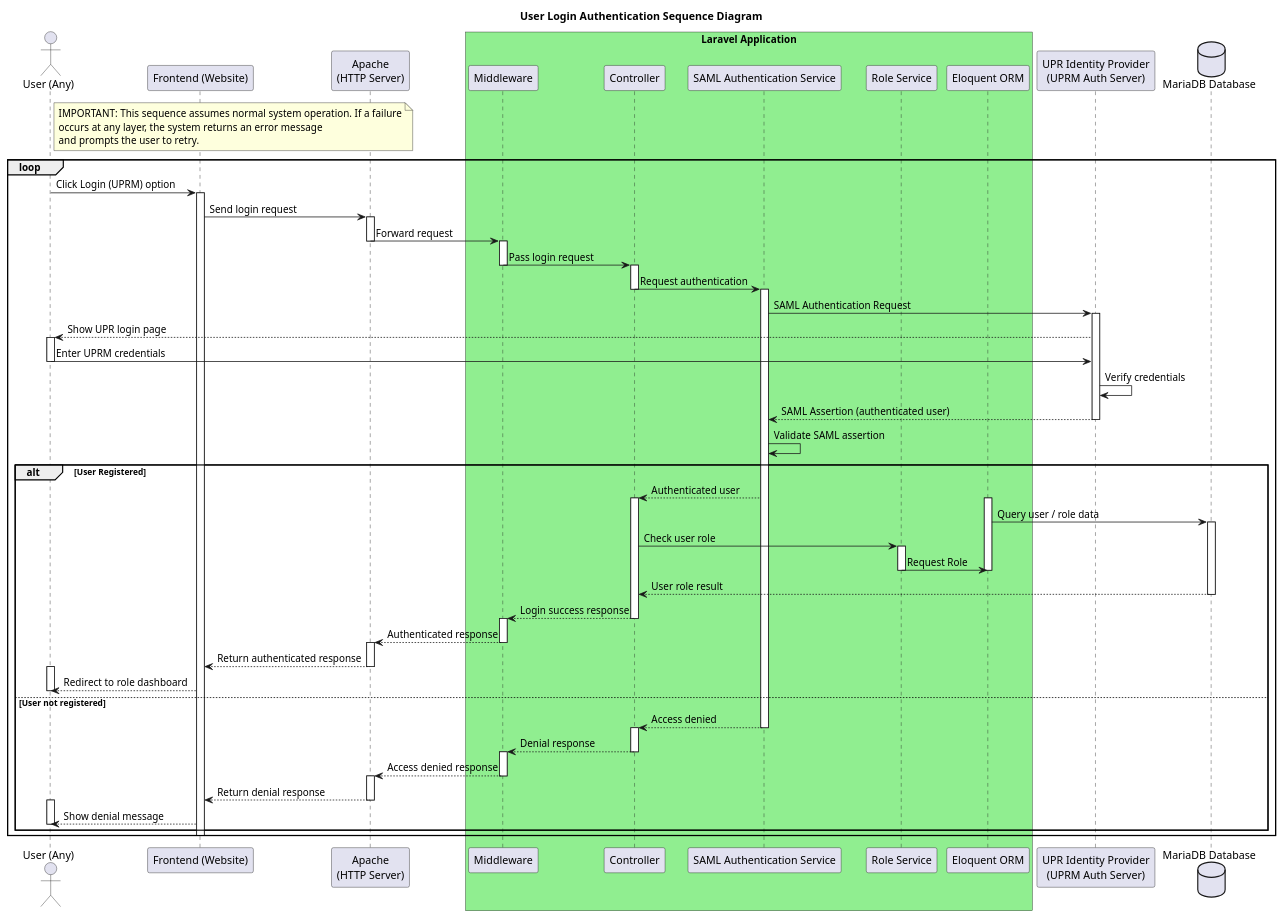
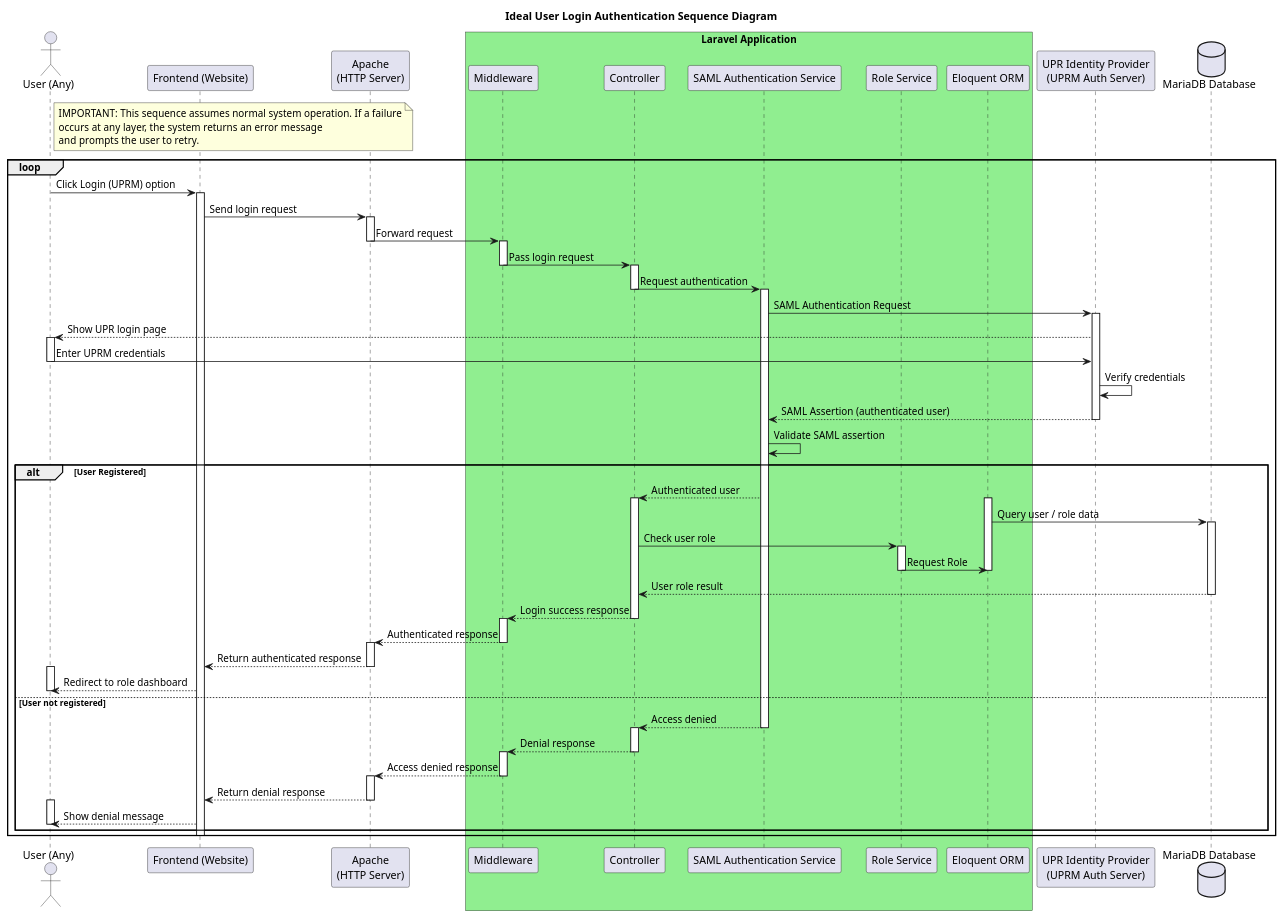
Before and after one commit to JanPerez35/PlantUML: the diagram in sequenceDiagrams/General_Login_System_Sequence_Diagram.puml, drawn with PlantUML. The commit also changed 19 other files, not shown here.

Commit message:
Sequence updated naming

```diff
--- a/sequenceDiagrams/General_Login_System_Sequence_Diagram.puml
+++ b/sequenceDiagrams/General_Login_System_Sequence_Diagram.puml
@@ -1,116 +1,116 @@
 @startuml
 
-title User Login Authentication Sequence Diagram
+title Ideal User Login Authentication Sequence Diagram
 
 actor "User (Any)" as User
 
 participant "Frontend (Website)" as FE
 participant "Apache\n(HTTP Server)" as Apache
 
 box "Laravel Application" #LightGreen
   participant "Middleware" as MW
   participant "Controller" as C
   participant "SAML Authentication Service" as S
   participant "Role Service" as RS
   participant "Eloquent ORM" as ORM
 end box
 
 note right of User
 IMPORTANT: This sequence assumes normal system operation. If a failure
 occurs at any layer, the system returns an error message
 and prompts the user to retry. 
 end note
 
 participant "UPR Identity Provider\n(UPRM Auth Server)" as IdP
 database "MariaDB Database" as DB
 loop
 User -> FE: Click Login (UPRM) option
 activate FE
 
 FE -> Apache: Send login request
 activate Apache
 Apache -> MW: Forward request
 deactivate Apache
 
 activate MW
 MW -> C: Pass login request
 deactivate MW
 
 activate C
 C -> S: Request authentication
 deactivate C
 
 activate S
 S -> IdP: SAML Authentication Request
 activate IdP
 
 IdP --> User: Show UPR login page
 activate User
 
 User -> IdP: Enter UPRM credentials
 deactivate User
 
 IdP -> IdP: Verify credentials
 IdP --> S: SAML Assertion (authenticated user)
 deactivate IdP
 
 S -> S: Validate SAML assertion
 
 
 alt User Registered
 
 
     S --> C: Authenticated user 
 activate C
  activate ORM
 ORM -> DB: Query user / role data
 activate DB
 
 
   C -> RS: Check user role
   activate RS
 RS-> ORM: Request Role
   deactivate RS
 
 deactivate ORM
     DB --> C: User role result
 deactivate DB
     C --> MW: Login success response
     deactivate C
 
     activate MW
     MW --> Apache: Authenticated response
     deactivate MW
 
     activate Apache
     Apache --> FE: Return authenticated response
     deactivate Apache
 
     activate User
     FE --> User: Redirect to role dashboard
     deactivate User
 
 else User not registered
     S --> C: Access denied
     deactivate S
     activate C
     C --> MW: Denial response
     deactivate C
 
     activate MW
     MW --> Apache: Access denied response
     deactivate MW
 
     activate Apache
     Apache --> FE: Return denial response
     deactivate Apache
 
     activate User
     FE --> User: Show denial message
     deactivate User
 end
 
 deactivate FE
 end
 
 @enduml
```
